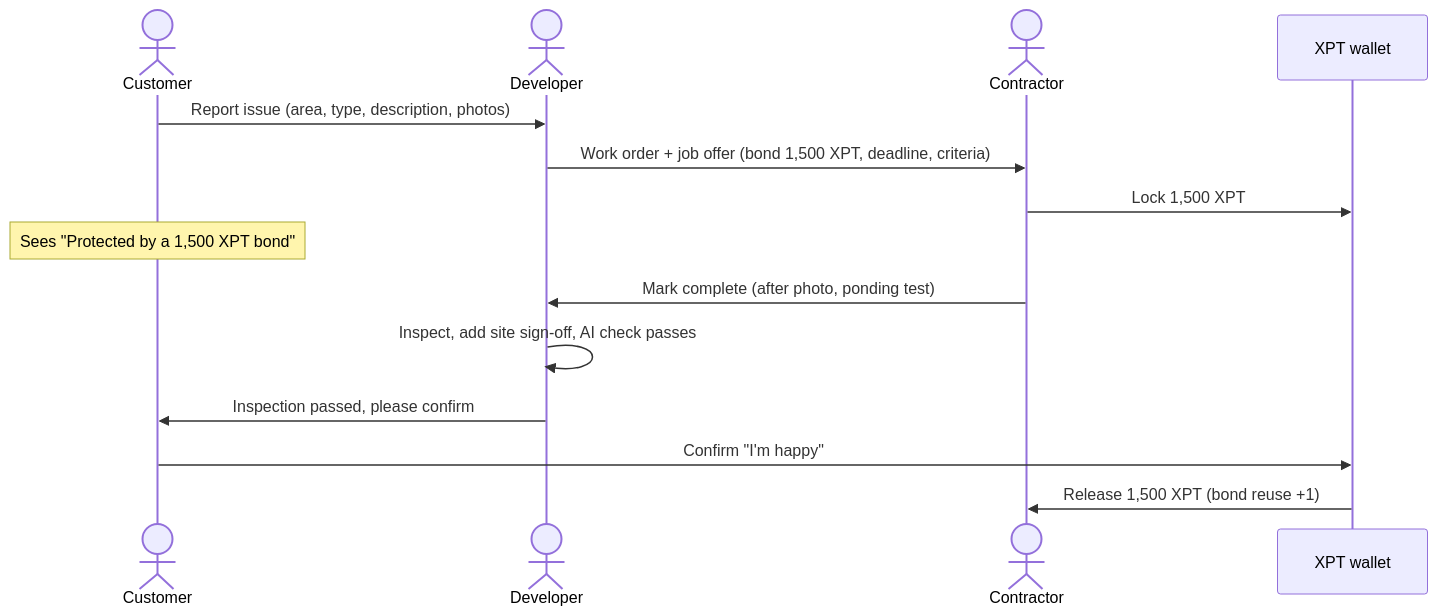
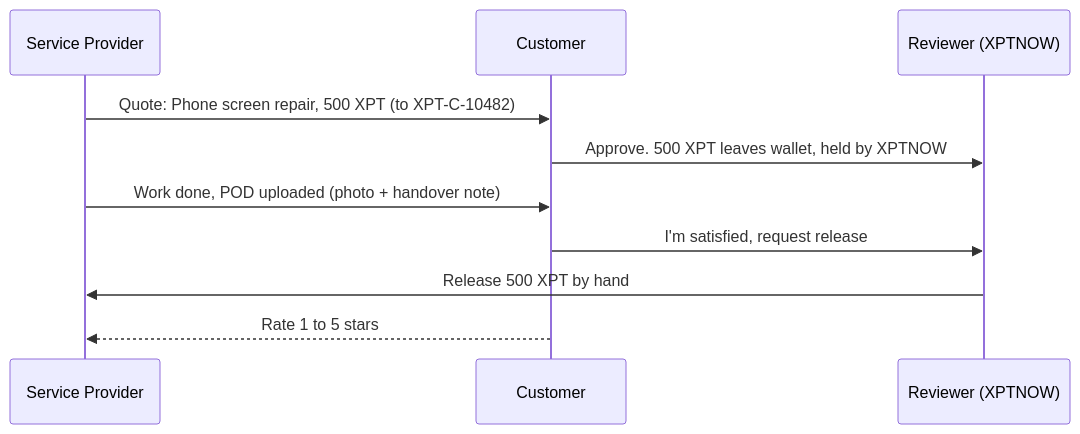
One commit to zferdous652-lab/xptnow_UI_UX changed the third of 3 diagrams in docs/AppFlow.md. Above: the diagram before and after it, drawn with Mermaid. The commit also changed other lines of this file and 7 other files, not shown here.

````diff
--- a/docs/AppFlow.md
+++ b/docs/AppFlow.md
@@ -66,16 +81,12 @@
 ```mermaid
 sequenceDiagram
-  actor Cu as Customer
-  actor De as Developer
-  actor Co as Contractor
-  participant X as XPT wallet
-  Cu->>De: Report issue (area, type, description, photos)
-  De->>Co: Work order + job offer (bond 1,500 XPT, deadline, criteria)
-  Co->>X: Lock 1,500 XPT
-  Note over Cu: Sees "Protected by a 1,500 XPT bond"
-  Co->>De: Mark complete (after photo, ponding test)
-  De->>De: Inspect, add site sign-off, AI check passes
-  De->>Cu: Inspection passed, please confirm
-  Cu->>X: Confirm "I'm happy"
-  X->>Co: Release 1,500 XPT (bond reuse +1)
+  participant P as Service Provider
+  participant C as Customer
+  participant R as Reviewer (XPTNOW)
+  P->>C: Quote: Phone screen repair, 500 XPT (to XPT-C-10482)
+  C->>R: Approve. 500 XPT leaves wallet, held by XPTNOW
+  P->>C: Work done, POD uploaded (photo + handover note)
+  C->>R: I'm satisfied, request release
+  R->>P: Release 500 XPT by hand
+  C-->>P: Rate 1 to 5 stars
 ```
````
